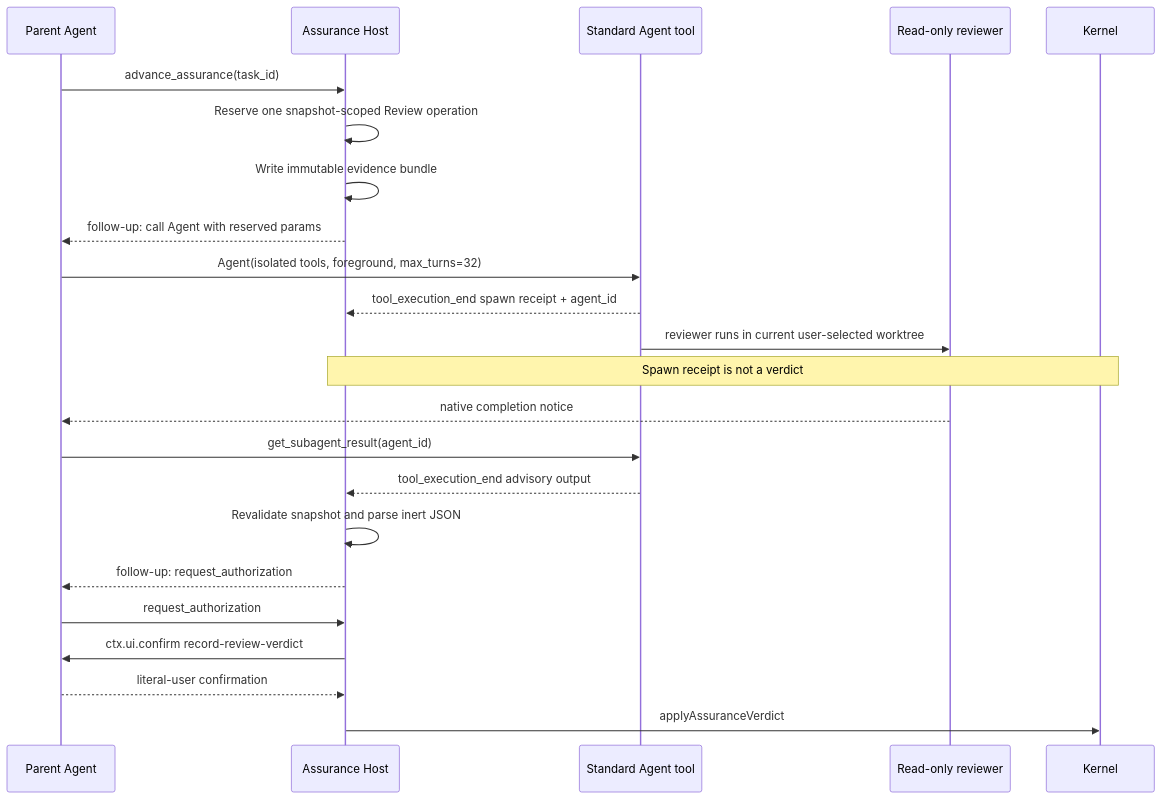
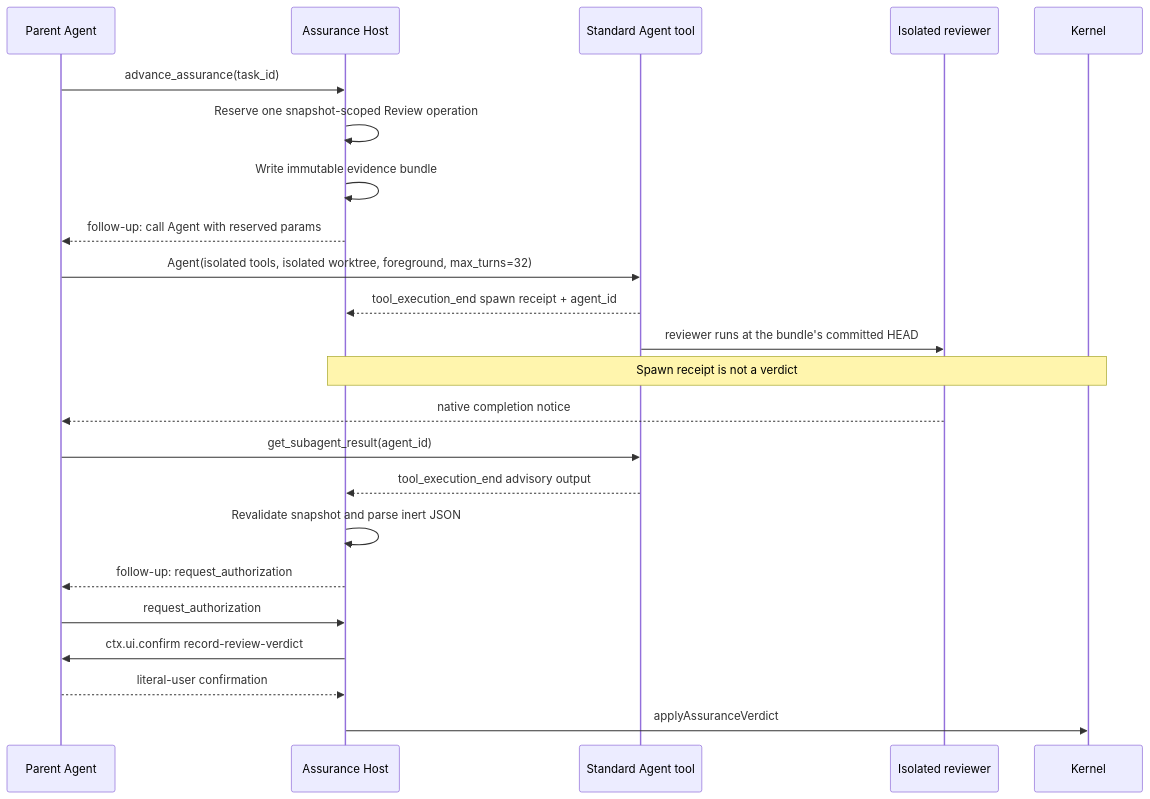
The diagram in docs/specs/standard-agent-review-dispatch.spec.md (dereknex/immune-brain), drawn with Mermaid before and after one commit. The commit also changed other lines of this file and 6 other files, not shown here.

````diff
--- a/docs/specs/standard-agent-review-dispatch.spec.md
+++ b/docs/specs/standard-agent-review-dispatch.spec.md
@@ -47,26 +47,26 @@
 ```mermaid
 sequenceDiagram
     participant P as Parent Agent
     participant H as Assurance Host
     participant A as Standard Agent tool
-    participant R as Read-only reviewer
+    participant R as Isolated reviewer
     participant K as Kernel
 
     P->>H: advance_assurance(task_id)
     H->>H: Reserve one snapshot-scoped Review operation
     H->>H: Write immutable evidence bundle
     H-->>P: follow-up: call Agent with reserved params
-    P->>A: Agent(isolated tools, foreground, max_turns=32)
+    P->>A: Agent(isolated tools, isolated worktree, foreground, max_turns=32)
     A-->>H: tool_execution_end spawn receipt + agent_id
-    A->>R: reviewer runs in current user-selected worktree
+    A->>R: reviewer runs at the bundle's committed HEAD
     Note over H,K: Spawn receipt is not a verdict
     R-->>P: native completion notice
     P->>A: get_subagent_result(agent_id)
     A-->>H: tool_execution_end advisory output
     H->>H: Revalidate snapshot and parse inert JSON
     H-->>P: follow-up: request_authorization
     P->>H: request_authorization
     H->>P: ctx.ui.confirm record-review-verdict
     P-->>H: literal-user confirmation
     H->>K: applyAssuranceVerdict
 ```
````
